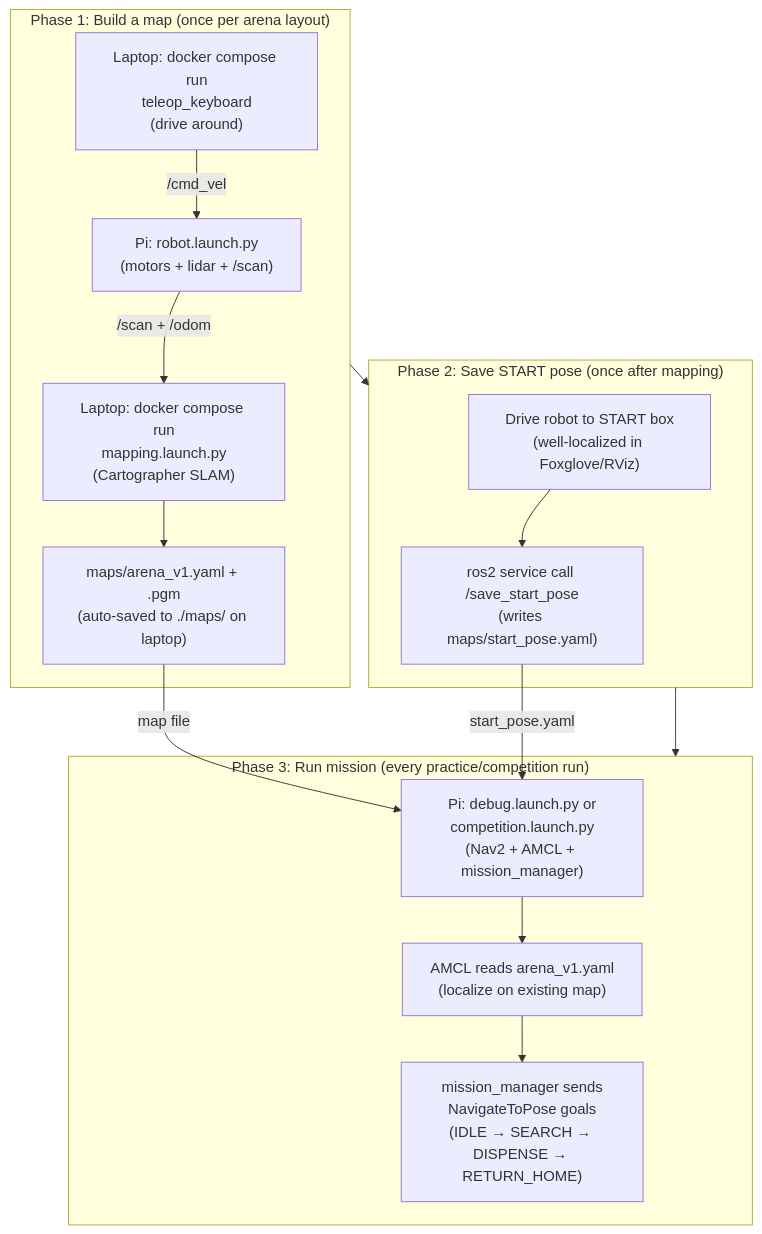
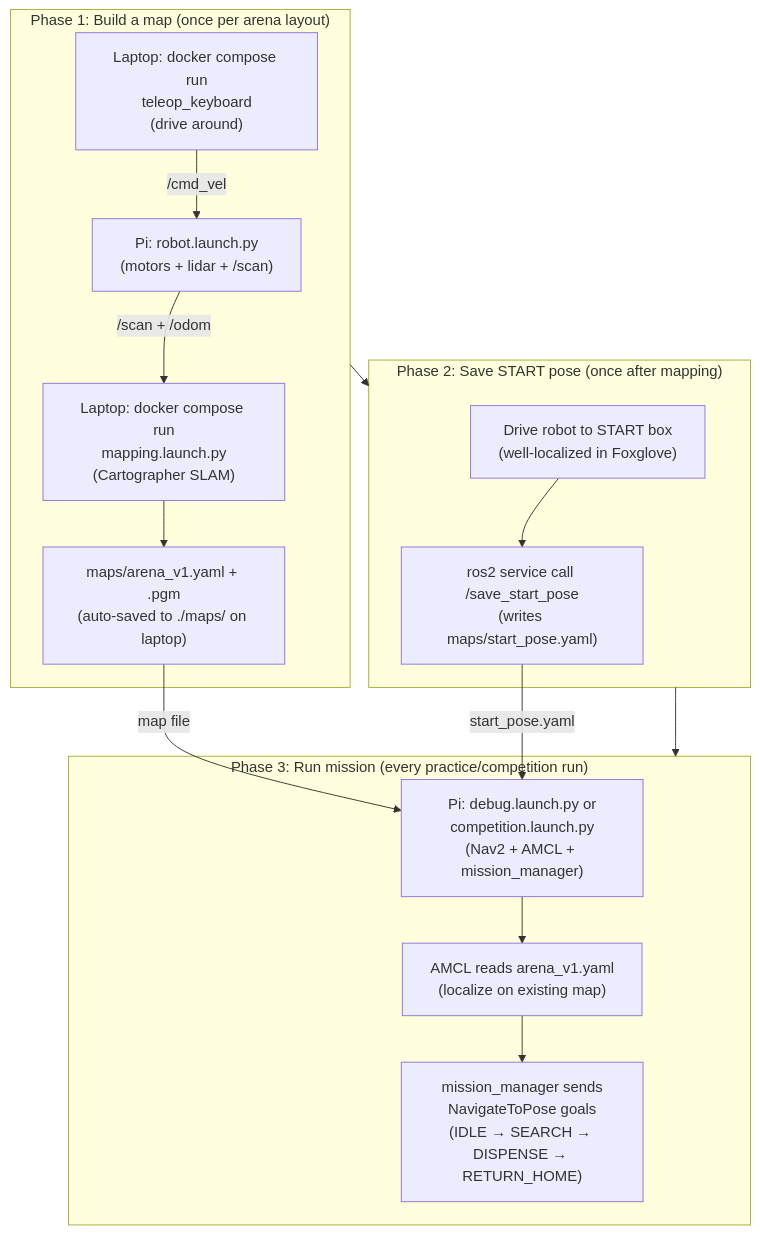
The diagram in docs/en/05-navigation.md (robotkub/turtlebot3), drawn with Mermaid before and after one commit. The commit also changed other lines of this file and 13 other files, not shown here.

First line of the commit message:
Remove RViz everywhere -- Foxglove is the only visualizer

````diff
--- a/docs/en/05-navigation.md
+++ b/docs/en/05-navigation.md
@@ -27,29 +27,29 @@
 ```mermaid
 flowchart TD
     subgraph Step1["Phase 1: Build a map (once per arena layout)"]
         A["Pi: robot.launch.py\n(motors + lidar + /scan)"]
         B["Laptop: docker compose run\nmapping.launch.py\n(Cartographer SLAM)"]
         C["Laptop: docker compose run\nteleop_keyboard\n(drive around)"]
         D["maps/arena_v1.yaml + .pgm\n(auto-saved to ./maps/ on laptop)"]
         A -->|"/scan + /odom"| B
         C -->|"/cmd_vel"| A
         B --> D
     end
 
     subgraph Step2["Phase 2: Save START pose (once after mapping)"]
-        E["Drive robot to START box\n(well-localized in Foxglove/RViz)"]
+        E["Drive robot to START box\n(well-localized in Foxglove)"]
         F["ros2 service call /save_start_pose\n(writes maps/start_pose.yaml)"]
         E --> F
     end
 
     subgraph Step3["Phase 3: Run mission (every practice/competition run)"]
         G["Pi: debug.launch.py or\ncompetition.launch.py\n(Nav2 + AMCL + mission_manager)"]
         H["AMCL reads arena_v1.yaml\n(localize on existing map)"]
         I["mission_manager sends\nNavigateToPose goals\n(IDLE → SEARCH → DISPENSE → RETURN_HOME)"]
         D -->|"map file"| G
         F -->|"start_pose.yaml"| G
         G --> H --> I
     end
 
     Step1 --> Step2 --> Step3
 ```
````
